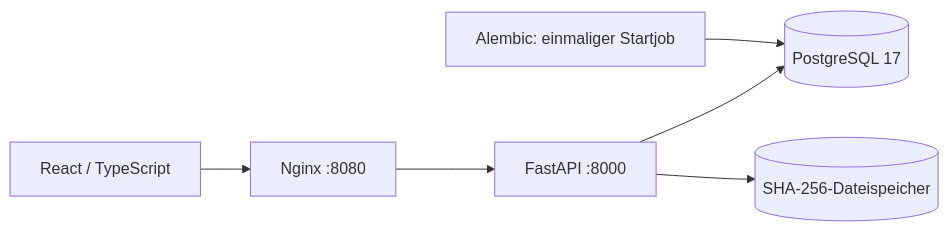
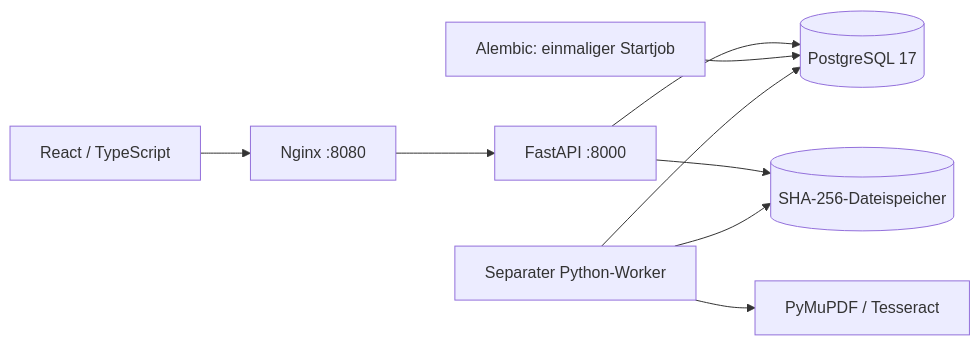
Before and after one commit to curoli/traystack: the diagram in docs/architecture.md, drawn with Mermaid. The commit also changed other lines of this file and 31 other files, not shown here.

````diff
--- a/docs/architecture.md
+++ b/docs/architecture.md
@@ -3,8 +3,11 @@
 ```mermaid
 flowchart LR
     Browser[React / TypeScript] --> Web[Nginx :8080]
     Web --> API[FastAPI :8000]
     API --> DB[(PostgreSQL 17)]
     API --> Blobs[(SHA-256-Dateispeicher)]
     Migration[Alembic: einmaliger Startjob] --> DB
+    Worker[Separater Python-Worker] --> DB
+    Worker --> Blobs
+    Worker --> Extract[PyMuPDF / Tesseract]
 ```
````
